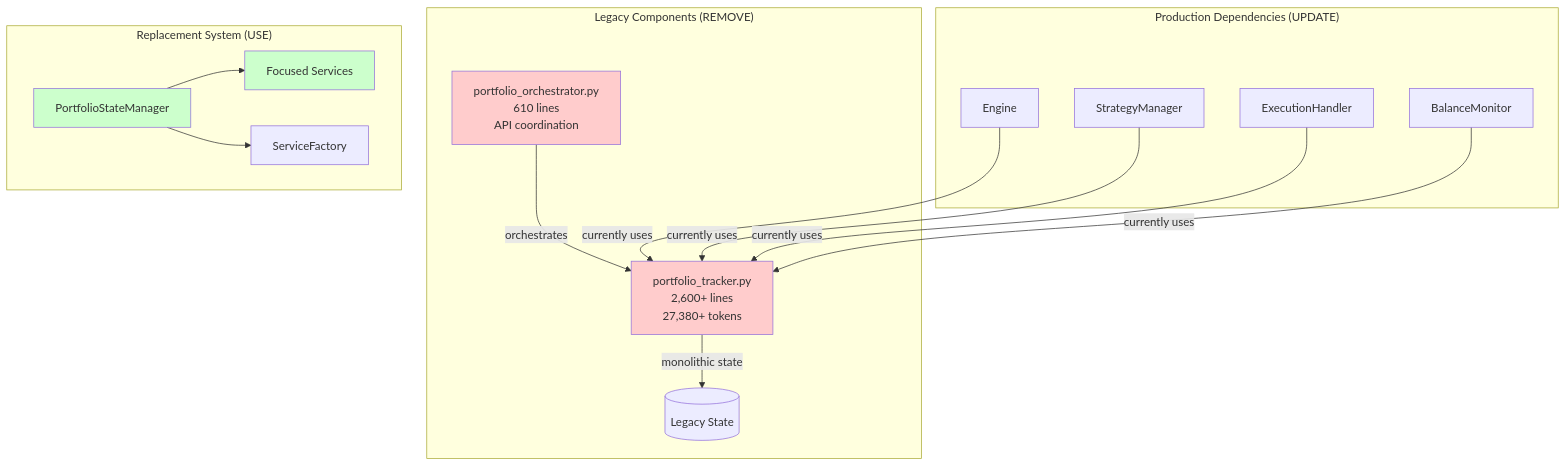
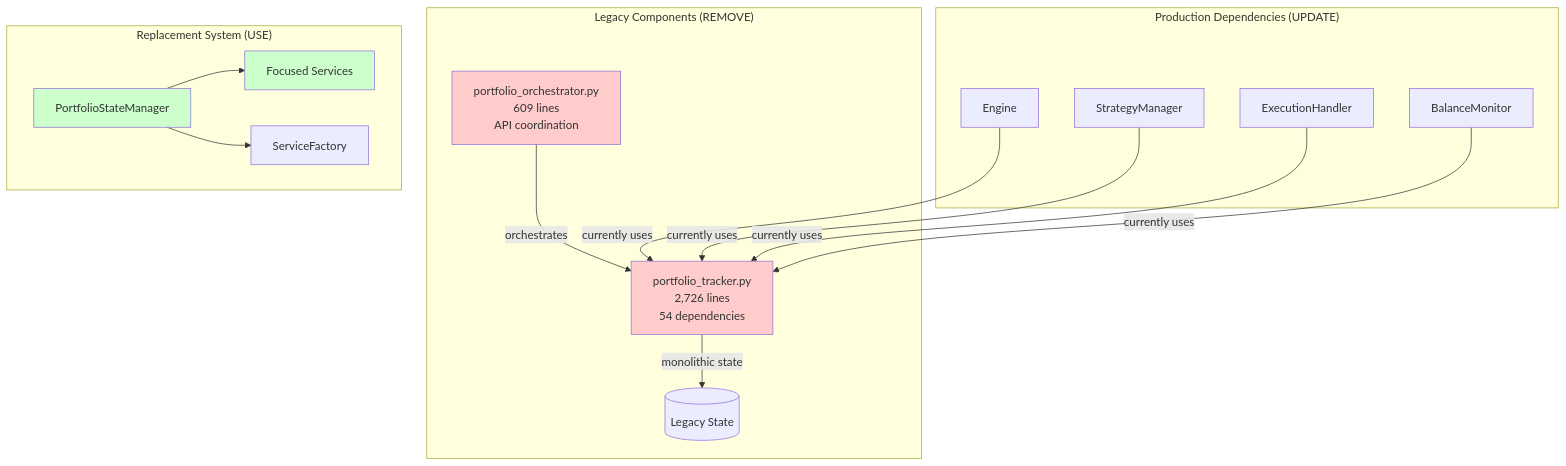
Before and after one commit to plataplomo/hummingbot: the diagram in workflow/portfolio_tracker_cleanup_refactor/week_03_legacy_removal.md, drawn with Mermaid. The commit also changed other lines of this file and 275 other files, not shown here.

First line of the commit message:
Refactor and enhance portfolio management system with modular architecture (#51)

````diff
--- a/workflow/portfolio_tracker_cleanup_refactor/week_03_legacy_removal.md
+++ b/workflow/portfolio_tracker_cleanup_refactor/week_03_legacy_removal.md
@@ -22,36 +27,36 @@
 ```mermaid
 graph TB
     subgraph "Legacy Components (REMOVE)"
-        PT[portfolio_tracker.py<br/>2,600+ lines<br/>27,380+ tokens]
-        PO[portfolio_orchestrator.py<br/>610 lines<br/>API coordination]
+        PT[portfolio_tracker.py<br/>2,726 lines<br/>54 dependencies]
+        PO[portfolio_orchestrator.py<br/>609 lines<br/>API coordination]
 
         PT -->|monolithic state| DB[(Legacy State)]
         PO -->|orchestrates| PT
     end
 
     subgraph "Production Dependencies (UPDATE)"
         ENGINE[Engine]
         STRAT[StrategyManager]
         EXEC[ExecutionHandler]
         BM[BalanceMonitor]
 
         ENGINE -->|currently uses| PT
         STRAT -->|currently uses| PT
         EXEC -->|currently uses| PT
         BM -->|currently uses| PT
     end
 
     subgraph "Replacement System (USE)"
         PSM[PortfolioStateManager]
         SERVICES[Focused Services]
         FACTORY[ServiceFactory]
 
         PSM --> SERVICES
         PSM --> FACTORY
     end
 
     style PT fill:#ffcccc
     style PO fill:#ffcccc
     style PSM fill:#ccffcc
     style SERVICES fill:#ccffcc
 ```
````
